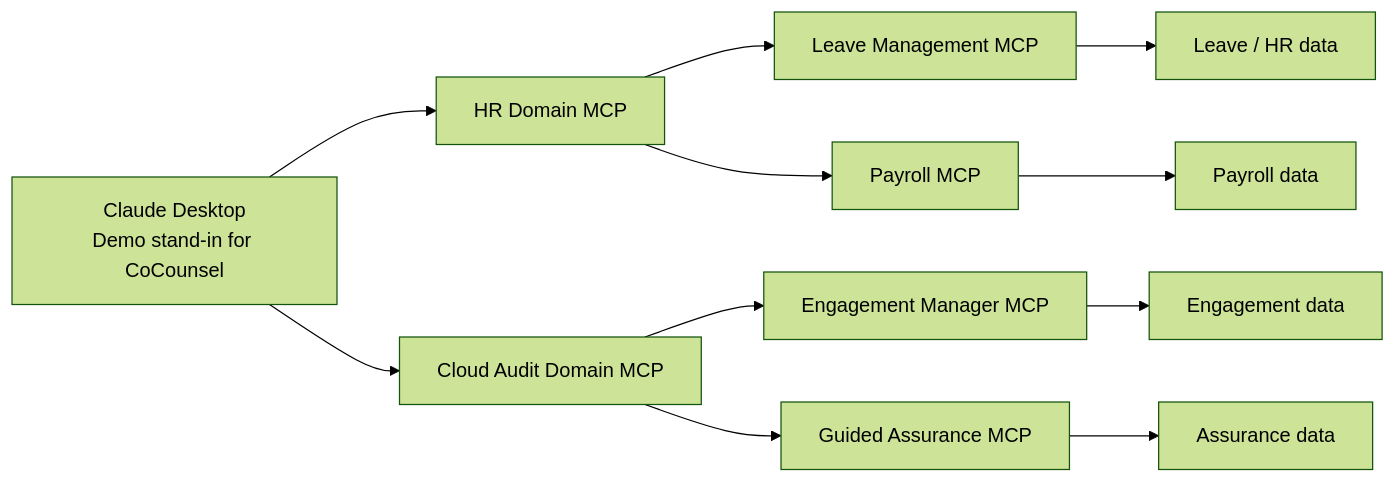
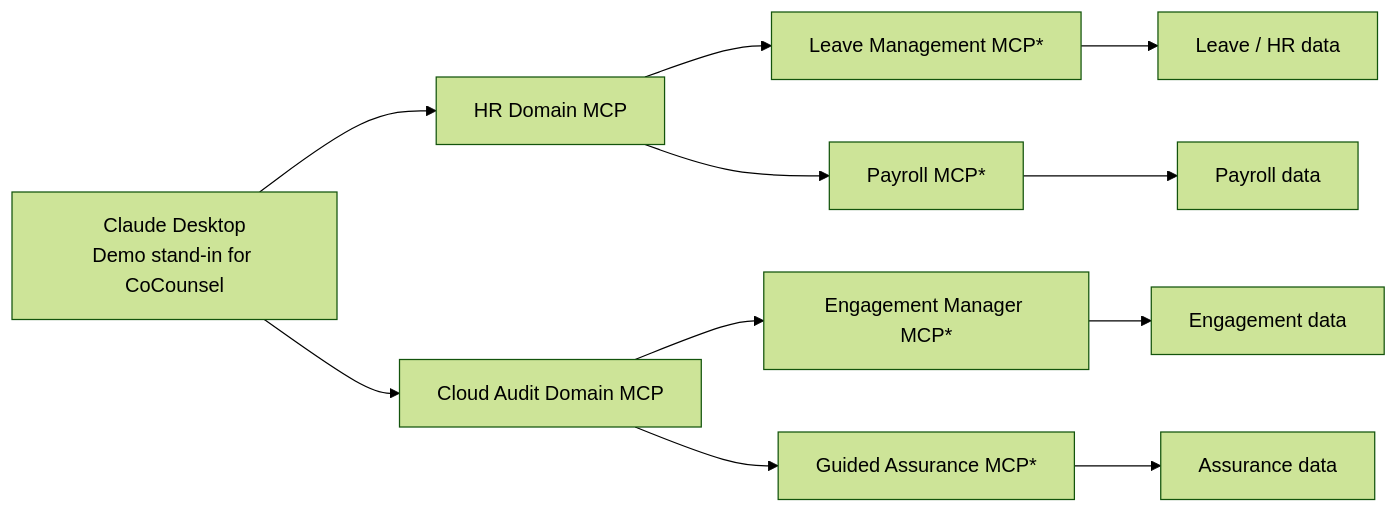
One commit to JayLathiaTR/mcp-orch-reverse-proxy-poc changed the diagram in README.md. Above: the diagram before and after it, drawn with Mermaid (forest theme). The commit also changed other lines of this file, not shown here.

````diff
--- a/README.md
+++ b/README.md
@@ -13,18 +14,18 @@
 ```mermaid
 flowchart LR
   C[Claude Desktop<br/>Demo stand-in for CoCounsel]
 
   C --> HR[HR Domain MCP]
   C --> CA[Cloud Audit Domain MCP]
 
-  HR --> LM[Leave Management MCP]
-  HR --> PY[Payroll MCP]
+  HR --> LM[Leave Management MCP*]
+  HR --> PY[Payroll MCP*]
 
-  CA --> EM[Engagement Manager MCP]
-  CA --> GA[Guided Assurance MCP]
+  CA --> EM[Engagement Manager MCP*]
+  CA --> GA[Guided Assurance MCP*]
 
   LM --> S1[Leave / HR data]
   PY --> S2[Payroll data]
   EM --> S3[Engagement data]
   GA --> S4[Assurance data]
 ```
````
